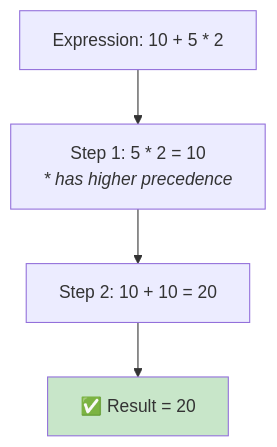
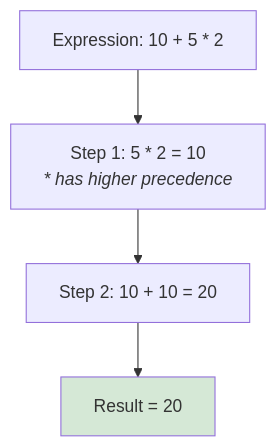
One commit to kundankumarsharma56/Leaning-Java changed the third of 3 diagrams in src/Theory/03-Operators-and-Control-Statements/01-Operators.md. Above: the diagram before and after it, drawn with Mermaid. The commit also changed other lines of this file and 84 other files, not shown here.

````diff
--- a/src/Theory/03-Operators-and-Control-Statements/01-Operators.md
+++ b/src/Theory/03-Operators-and-Control-Statements/01-Operators.md
@@ -133,7 +133,7 @@
 ```mermaid
 flowchart TD
     E["Expression: 10 + 5 * 2"] --> S1["Step 1: 5 * 2 = 10<br/><i>* has higher precedence</i>"]
     S1 --> S2["Step 2: 10 + 10 = 20"]
-    S2 --> R["✅ Result = 20"]
-    style R fill:#c8e6c9
+    S2 --> R["Result = 20"]
+    style R fill:#d5e8d6
 ```
````
